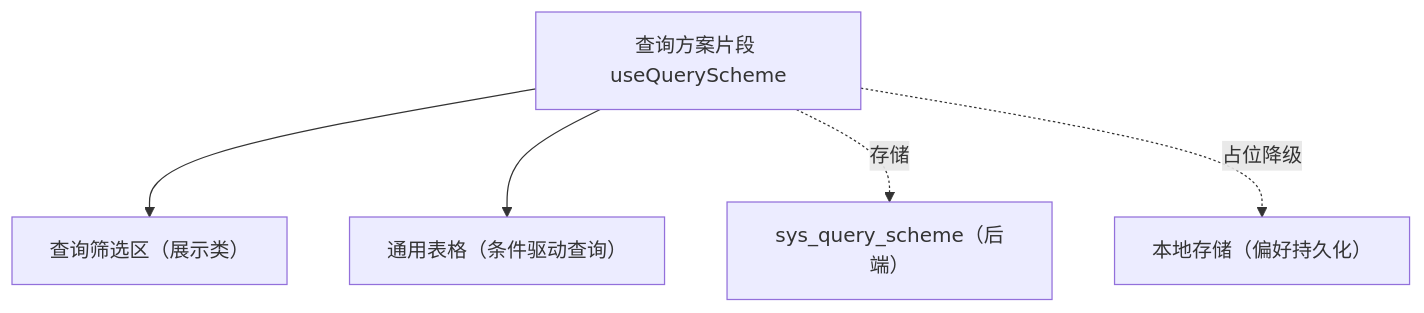
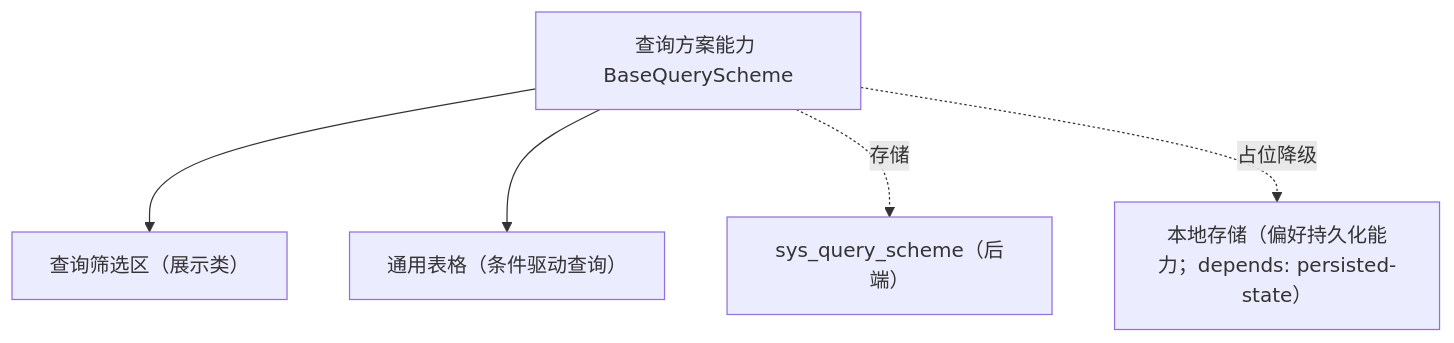
Before and after one commit to minjian123/basic-management-system: the diagram in bms文档/设计/组件设计/02_基础组件类/02_能力片段/29_组件设计_查询方案片段/29_组件设计_查询方案片段.md, drawn with Mermaid. The commit also changed other lines of this file and 49 other files, not shown here.

````diff
--- a/bms文档/设计/组件设计/02_基础组件类/02_能力片段/29_组件设计_查询方案片段/29_组件设计_查询方案片段.md
+++ b/bms文档/设计/组件设计/02_基础组件类/02_能力片段/29_组件设计_查询方案片段/29_组件设计_查询方案片段.md
@@ -15,7 +15,7 @@
 ```mermaid
 flowchart TD
-    QS["查询方案片段 useQueryScheme"] --> Q["查询筛选区（展示类）"]
+    QS["查询方案能力 BaseQueryScheme"] --> Q["查询筛选区（展示类）"]
     QS --> T["通用表格（条件驱动查询）"]
     QS -. 存储 .-> S["sys_query_scheme（后端）"]
-    QS -. 占位降级 .-> L["本地存储（偏好持久化）"]
+    QS -. 占位降级 .-> L["本地存储（偏好持久化能力；depends: persisted-state）"]
 ```
````
